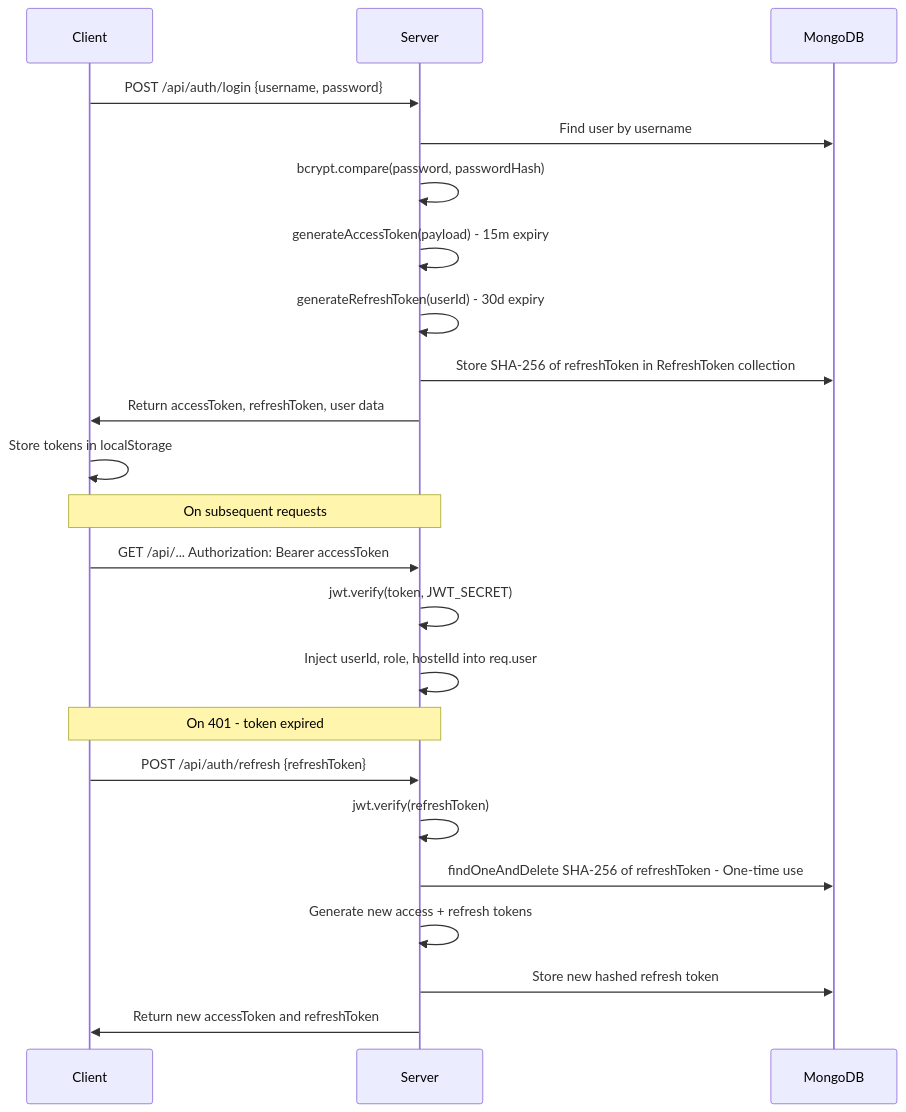
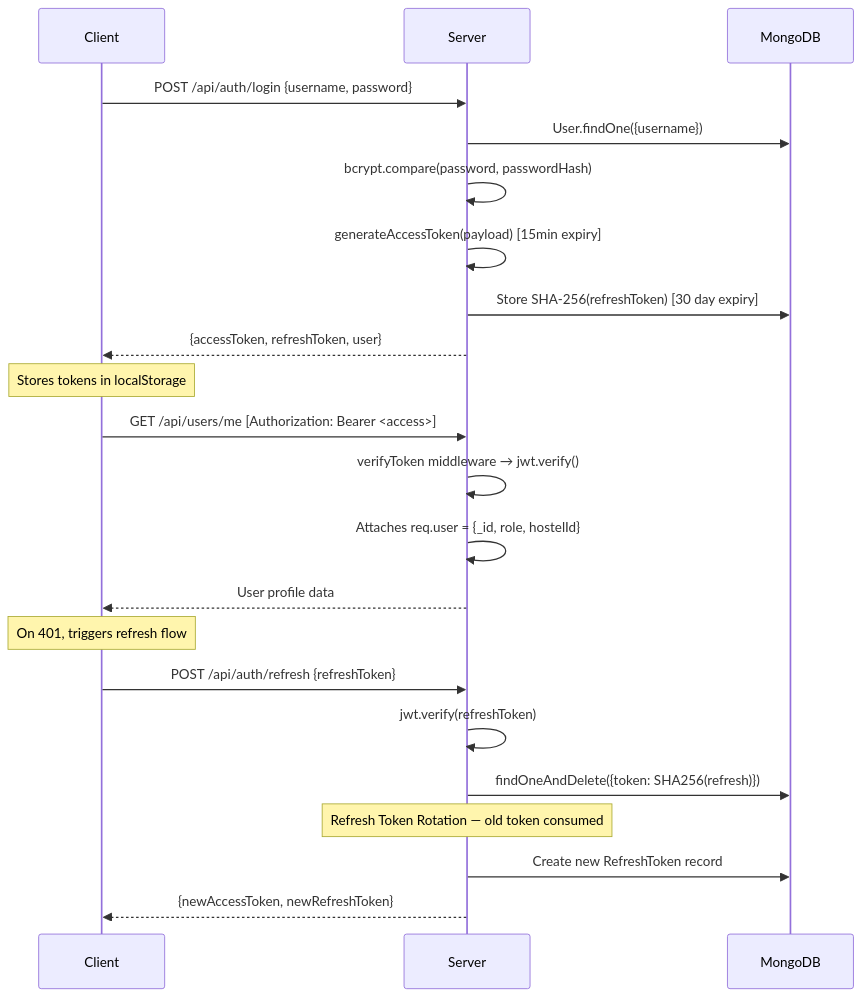
The second of 5 diagrams in codebase-analysis-docs/CODEBASE_KNOWLEDGE.md (fo56/hostelHub), drawn with Mermaid before and after one commit. The commit also changed other lines of this file, not shown here.

````diff
--- a/codebase-analysis-docs/CODEBASE_KNOWLEDGE.md
+++ b/codebase-analysis-docs/CODEBASE_KNOWLEDGE.md
@@ -462,28 +165,29 @@
 ```mermaid
 sequenceDiagram
-    participant C as Client
-    participant S as Server
-    participant DB as MongoDB
+    participant Client
+    participant Server
+    participant MongoDB
 
-    C->>S: POST /api/auth/login {username, password}
-    S->>DB: Find user by username
-    S->>S: bcrypt.compare(password, passwordHash)
-    S->>S: generateAccessToken(payload) - 15m expiry
-    S->>S: generateRefreshToken(userId) - 30d expiry
-    S->>DB: Store SHA-256 of refreshToken in RefreshToken collection
-    S->>C: Return accessToken, refreshToken, user data
-    C->>C: Store tokens in localStorage
-
-    Note over C,S: On subsequent requests
-    C->>S: GET /api/... Authorization: Bearer accessToken
-    S->>S: jwt.verify(token, JWT_SECRET)
-    S->>S: Inject userId, role, hostelId into req.user
-
-    Note over C,S: On 401 - token expired
-    C->>S: POST /api/auth/refresh {refreshToken}
-    S->>S: jwt.verify(refreshToken)
-    S->>DB: findOneAndDelete SHA-256 of refreshToken - One-time use
-    S->>S: Generate new access + refresh tokens
-    S->>DB: Store new hashed refresh token
-    S->>C: Return new accessToken and refreshToken
+    Client->>Server: POST /api/auth/login {username, password}
+    Server->>MongoDB: User.findOne({username})
+    Server->>Server: bcrypt.compare(password, passwordHash)
+    Server->>Server: generateAccessToken(payload) [15min expiry]
+    Server->>MongoDB: Store SHA-256(refreshToken) [30 day expiry]
+    Server-->>Client: {accessToken, refreshToken, user}
+    
+    Note over Client: Stores tokens in localStorage
+    
+    Client->>Server: GET /api/users/me [Authorization: Bearer <access>]
+    Server->>Server: verifyToken middleware → jwt.verify()
+    Server->>Server: Attaches req.user = {_id, role, hostelId}
+    Server-->>Client: User profile data
+    
+    Note over Client: On 401, triggers refresh flow
+    
+    Client->>Server: POST /api/auth/refresh {refreshToken}
+    Server->>Server: jwt.verify(refreshToken)
+    Server->>MongoDB: findOneAndDelete({token: SHA256(refresh)})
+    Note over Server: Refresh Token Rotation — old token consumed
+    Server->>MongoDB: Create new RefreshToken record
+    Server-->>Client: {newAccessToken, newRefreshToken}
 ```
````
